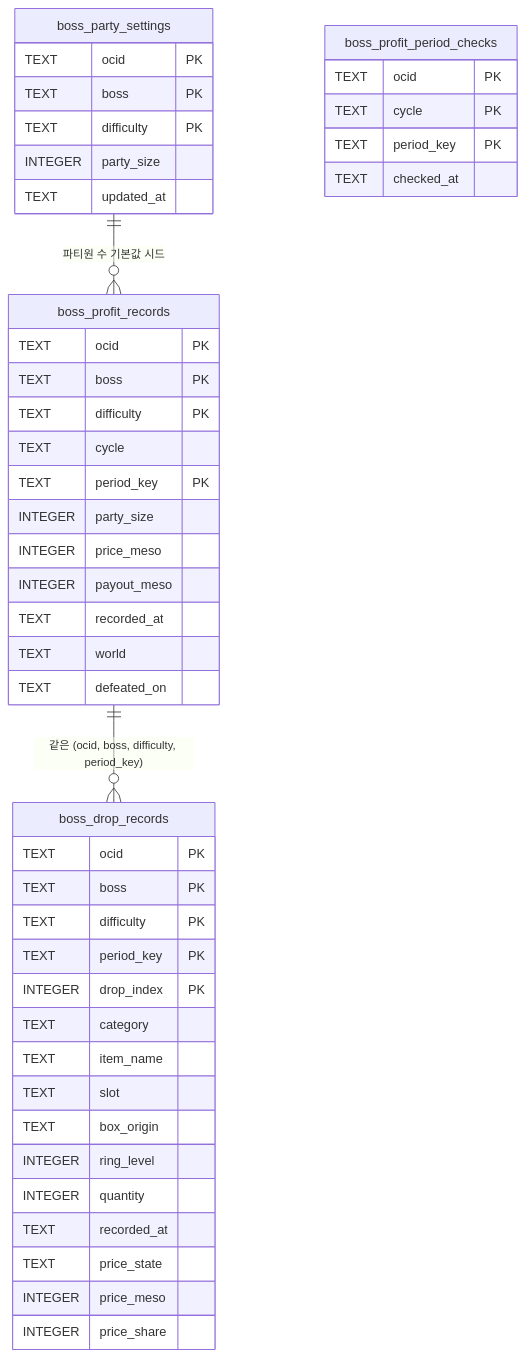
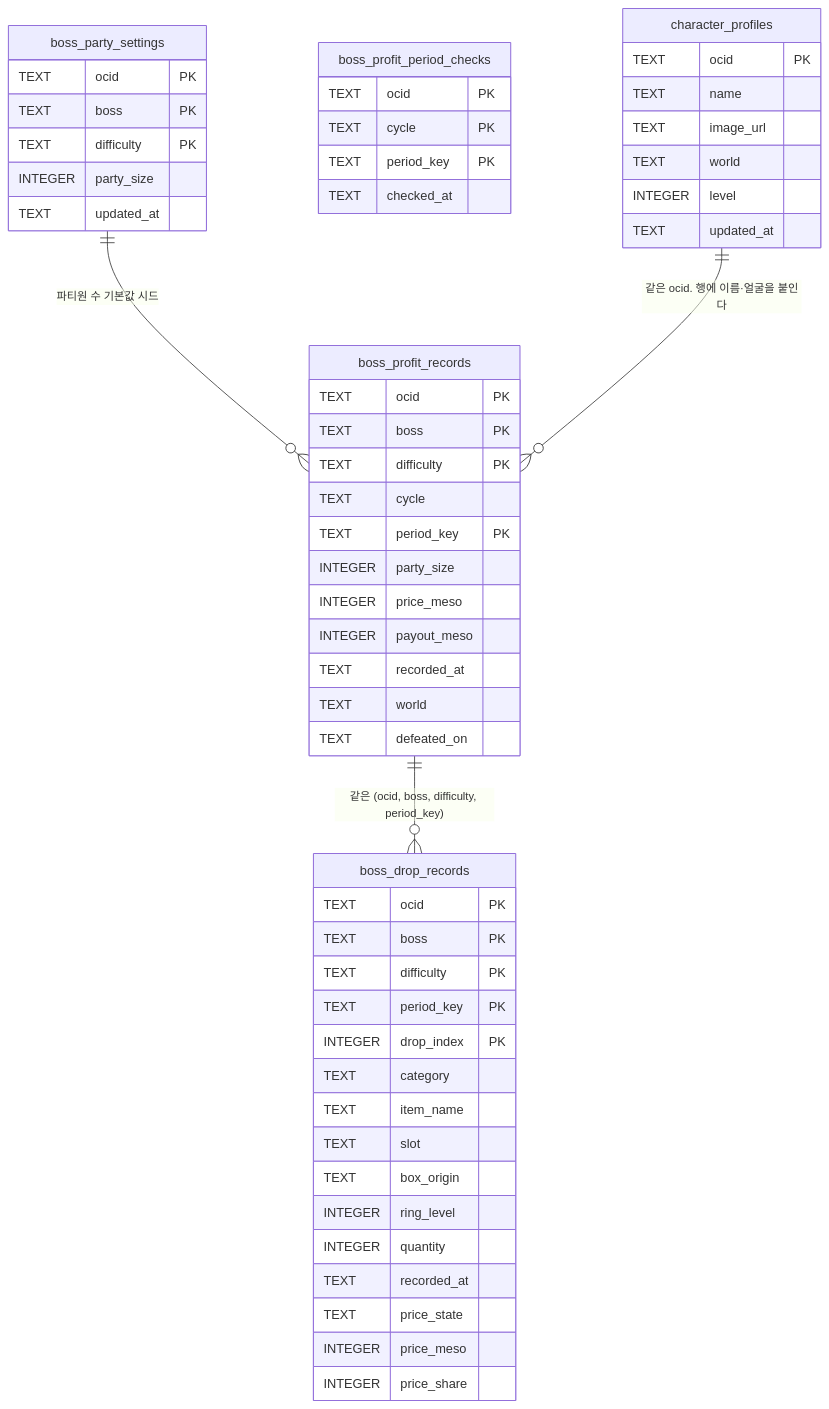
One commit to jini520/maple-routine changed the first of 2 diagrams in docs/persistence/sqlite.md. Above: the diagram before and after it, drawn with Mermaid. The commit also changed other lines of this file and 28 other files, not shown here.

````diff
--- a/docs/persistence/sqlite.md
+++ b/docs/persistence/sqlite.md
@@ -12,48 +12,57 @@
 ```mermaid
 erDiagram
     boss_profit_records {
         TEXT ocid PK
         TEXT boss PK
         TEXT difficulty PK
         TEXT cycle
         TEXT period_key PK
         INTEGER party_size
         INTEGER price_meso
         INTEGER payout_meso
         TEXT recorded_at
         TEXT world
         TEXT defeated_on
     }
     boss_party_settings {
         TEXT ocid PK
         TEXT boss PK
         TEXT difficulty PK
         INTEGER party_size
         TEXT updated_at
     }
     boss_profit_period_checks {
         TEXT ocid PK
         TEXT cycle PK
         TEXT period_key PK
         TEXT checked_at
     }
     boss_drop_records {
         TEXT ocid PK
         TEXT boss PK
         TEXT difficulty PK
         TEXT period_key PK
         INTEGER drop_index PK
         TEXT category
         TEXT item_name
         TEXT slot
         TEXT box_origin
         INTEGER ring_level
         INTEGER quantity
         TEXT recorded_at
         TEXT price_state
         INTEGER price_meso
         INTEGER price_share
     }
+    character_profiles {
+        TEXT ocid PK
+        TEXT name
+        TEXT image_url
+        TEXT world
+        INTEGER level
+        TEXT updated_at
+    }
     boss_party_settings ||--o{ boss_profit_records : "파티원 수 기본값 시드"
     boss_profit_records ||--o{ boss_drop_records : "같은 (ocid, boss, difficulty, period_key)"
+    character_profiles ||--o{ boss_profit_records : "같은 ocid. 행에 이름·얼굴을 붙인다"
 ```
````
